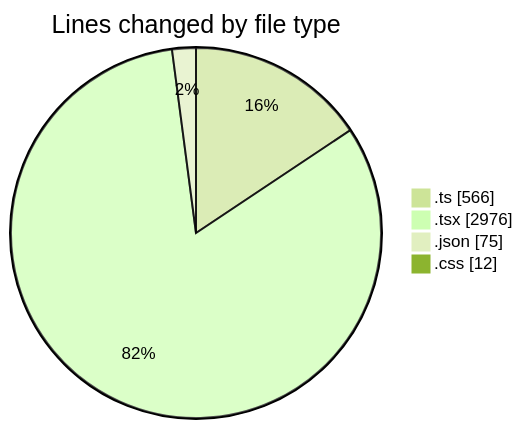
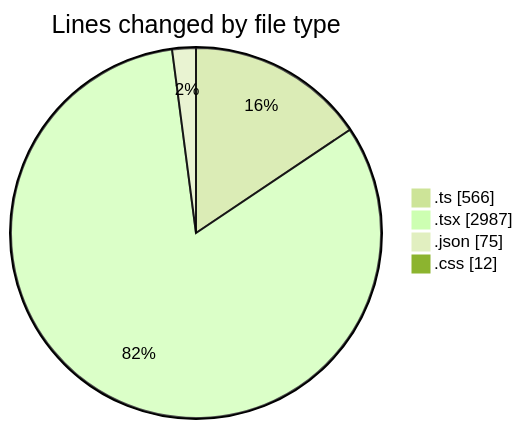
Before and after one commit to robertbonfada/code-tracking: the first of 2 diagrams in 2025-01-27/termonied-web/README.md, drawn with Mermaid (forest theme). The commit also changed other lines of this file and 1 other file, not shown here.

````diff
--- a/2025-01-27/termonied-web/README.md
+++ b/2025-01-27/termonied-web/README.md
@@ -32,8 +32,8 @@
 ```mermaid
 pie showData
 title Lines changed by file type
 ".ts" : 566
-".tsx" : 2976
+".tsx" : 2987
 ".json" : 75
 ".css" : 12
 ```
````
